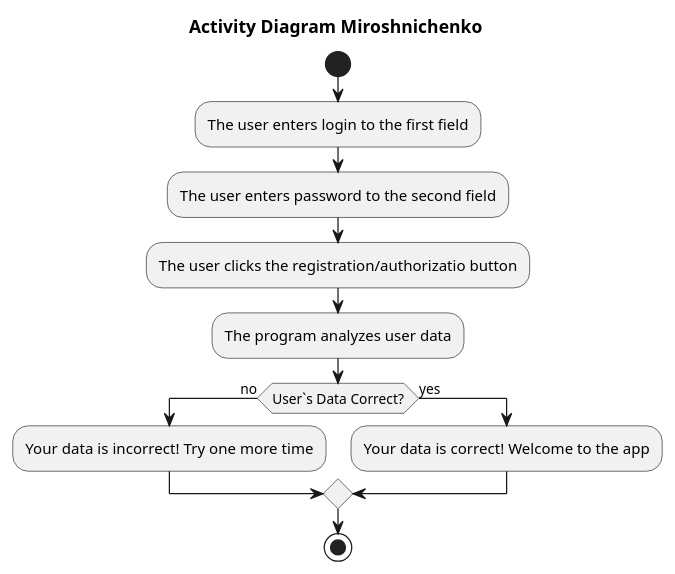
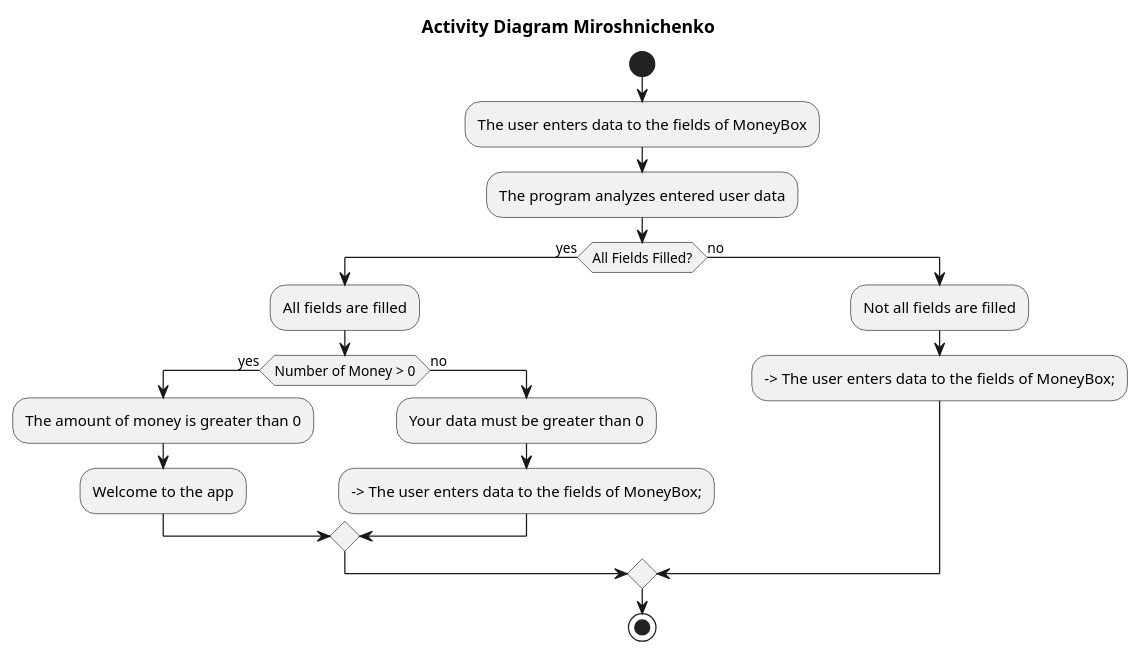
Before and after one commit to oleksandrblazhko/ai-214-miroshnichenko: the diagram in 2-SoftwareDesign/2.7-PlantUML/UML-Activity.puml, drawn with PlantUML.

```diff
--- a/2-SoftwareDesign/2.7-PlantUML/UML-Activity.puml
+++ b/2-SoftwareDesign/2.7-PlantUML/UML-Activity.puml
@@ -1,19 +1,26 @@
 @startuml
 
 title Activity Diagram Miroshnichenko
 
 start
-:The user enters login to the first field; 
-:The user enters password to the second field;
-:The user clicks the registration/authorizatio button; 
-:The program analyzes user data; 
+:The user enters data to the fields of MoneyBox;
+:The program analyzes entered user data; 
+if (All Fields Filled?) then (yes)
+   :All fields are filled;
+   if (Number of Money > 0) then (yes)
+       :The amount of money is greater than 0;
+       :Welcome to the app;
+   else (no)
+       :Your data must be greater than 0;
+       --> The user enters data to the fields of MoneyBox;
 
-if (User`s Data Correct?) then (no)
-   :Your data is incorrect! Try one more time;
-else (yes)
-   :Your data is correct! Welcome to the app; 
+   endif
+else (no)
+   :Not all fields are filled;
+   --> The user enters data to the fields of MoneyBox;
+
 endif
 
 stop
 
 @enduml
```
